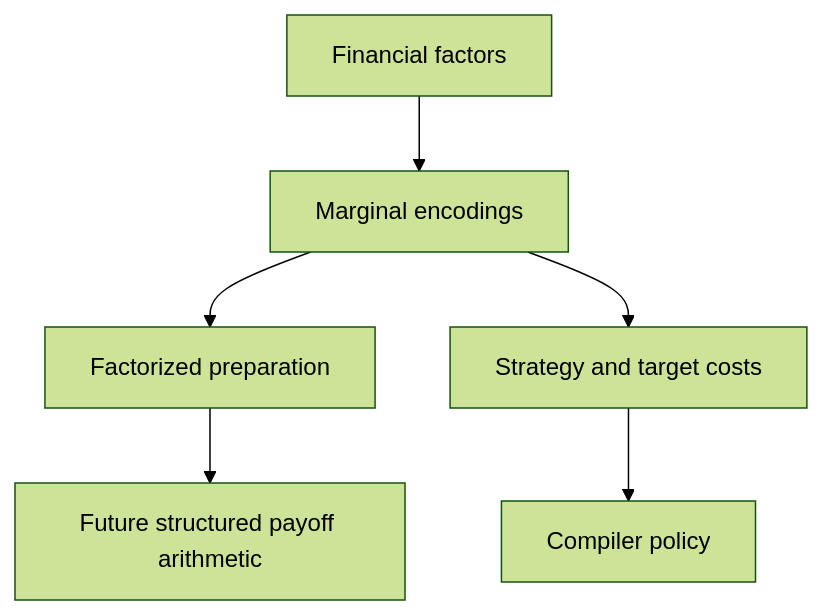
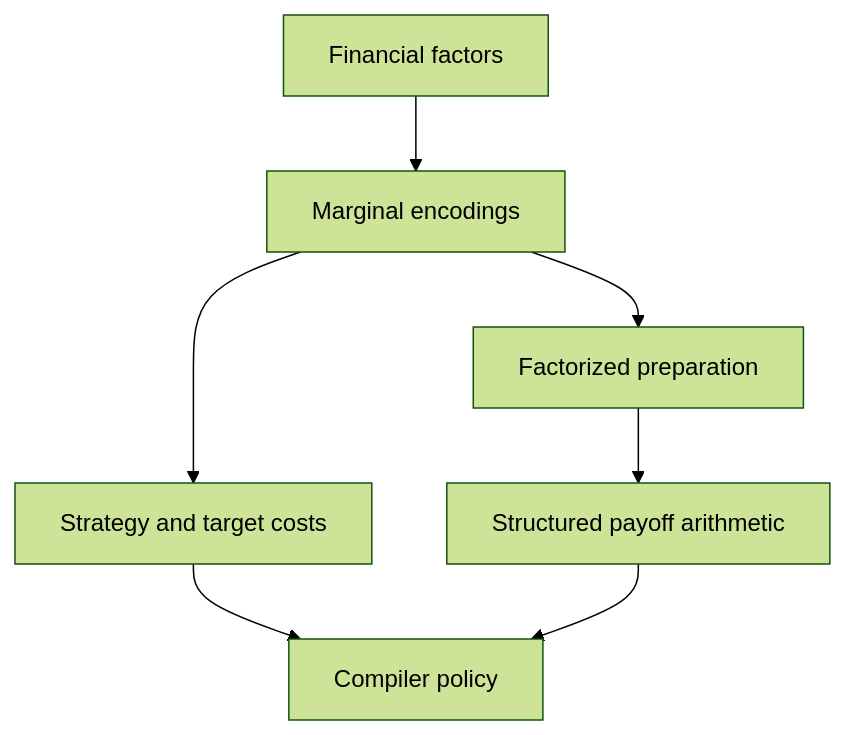
The fourth of 4 diagrams in docs/architecture.md (venkatkota2/QFin), drawn with Mermaid (forest theme) before and after one commit. The commit also changed other lines of this file and 30 other files, not shown here.

````diff
--- a/docs/architecture.md
+++ b/docs/architecture.md
@@ -229,8 +268,9 @@
 ```mermaid
 flowchart TB
     F["Financial factors"] --> M["Marginal encodings"]
     M --> P["Factorized preparation"]
     M --> S["Strategy and target costs"]
-    P --> A["Future structured payoff arithmetic"]
+    P --> A["Structured payoff arithmetic"]
     S --> C["Compiler policy"]
+    A --> C
 ```
````
